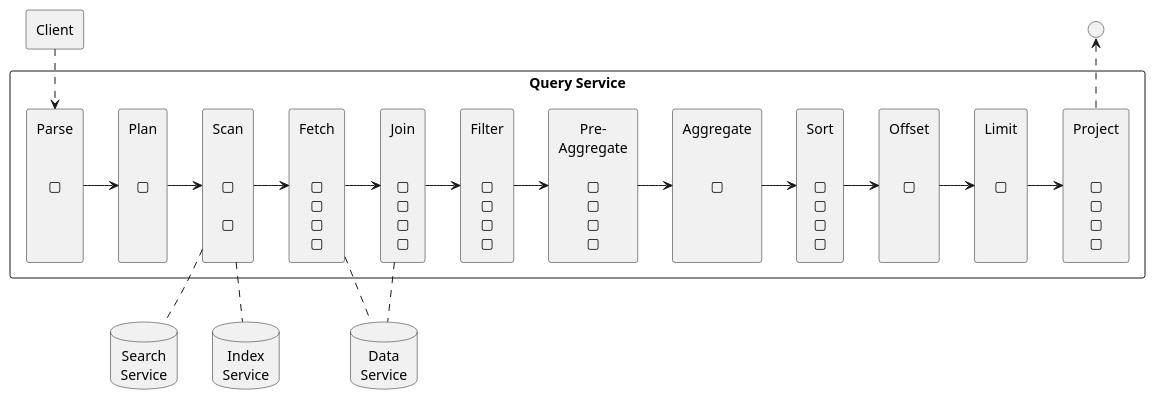
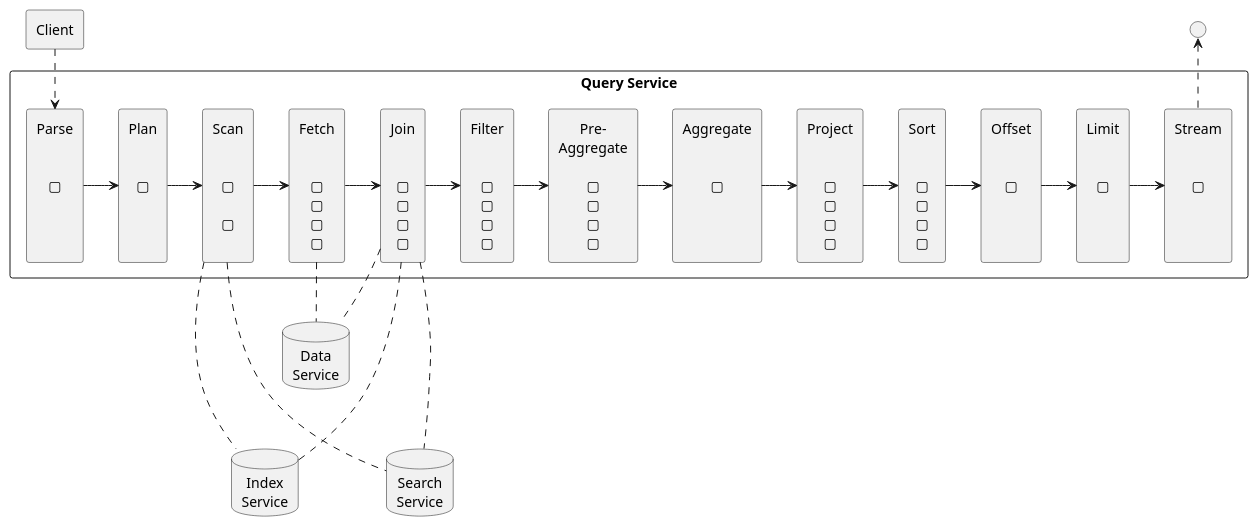
One commit to couchbaselabs/docs-devex changed the diagram in modules/indexes/partials/diagrams/query-service.puml. Above: the diagram before and after it, drawn with PlantUML. The commit also changed 2 other files, not shown here.

Commit message:
[DOC-12349] Update Query Execution Diagram (#469)

```diff
--- a/modules/indexes/partials/diagrams/query-service.puml
+++ b/modules/indexes/partials/diagrams/query-service.puml
@@ -1,143 +1,156 @@
 @startuml query_service
 
 skinparam defaultTextAlignment center
 
 rectangle Client
 
 rectangle "Query Service"{
   rectangle Parse [
     Parse
 
 
     ▢
 
 
 
   ]
   rectangle Plan [
     Plan
 
 
     ▢
 
 
 
   ]
   rectangle Scan [
     Scan
 
 
     ▢
 
     ▢
 
   ]
   rectangle Fetch [
     Fetch
 
 
     ▢
     ▢
     ▢
     ▢
   ]
   rectangle Join [
     Join
 
 
     ▢
     ▢
     ▢
     ▢
   ]
   rectangle Filter [
     Filter
 
 
     ▢
     ▢
     ▢
     ▢
   ]
   rectangle PreAggregate [
     Pre-
     Aggregate
 
     ▢
     ▢
     ▢
     ▢
   ]
   rectangle Aggregate [
     Aggregate
 
 
     ▢
 
 
 
   ]
+  rectangle Project [
+    Project
+
+
+    ▢
+    ▢
+    ▢
+    ▢
+  ]
   rectangle Sort [
     Sort
 
 
     ▢
     ▢
     ▢
     ▢
   ]
   rectangle Offset [
     Offset
 
 
     ▢
     
     
 
   ]
   rectangle Limit [
     Limit
 
 
     ▢
     
     
     
   ]
-  rectangle Project [
-    Project
+  rectangle Stream [
+    Stream
 
 
     ▢
-    ▢
-    ▢
-    ▢
+    
+    
+    
   ]
 }
 
 database "Data\nService" as Data
 database "Index\nService" as Index
 database "Search\nService" as Search
 
 () " " as End
 
 Client .d.> Parse
 Parse -> Plan
 Plan -> Scan
 Scan -> Fetch
 Fetch -> Join
 Join -> Filter
 Filter -> PreAggregate
 PreAggregate -> Aggregate
-Aggregate -> Sort
+Aggregate -> Project
+Project -> Sort
 Sort -> Offset
 Offset -> Limit
-Limit -> Project
-Project .u.> End
+Limit -> Stream
+Stream .u.> End
 
-Scan .. Index
-Scan .. Search
+Scan ... Index
+Scan ... Search
 Fetch .. Data
 Join .. Data
+Join .. Index
+Join .. Search
+
 
 @enduml
```
